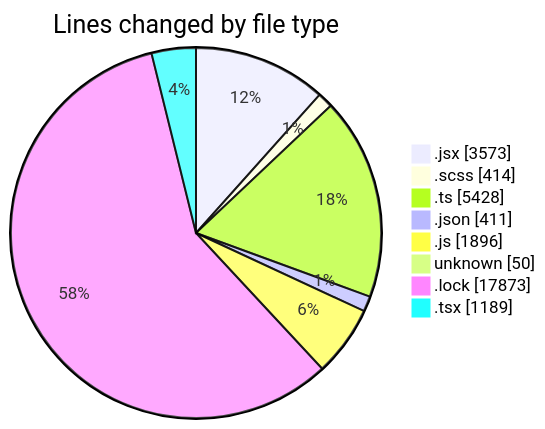
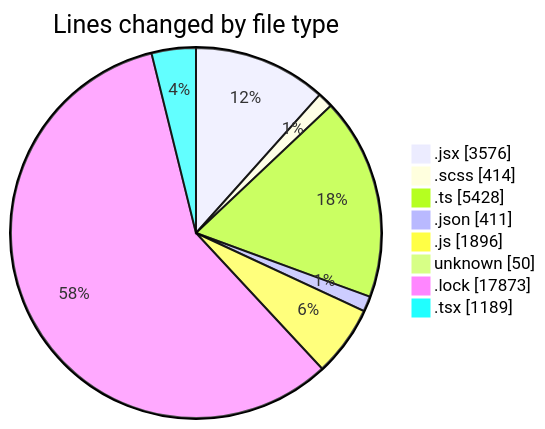
Before and after one commit to momahboobian/code-tracking: the first of 2 diagrams in 2026-09-01/cda/README.md, drawn with Mermaid. The commit also changed other lines of this file and 1 other file, not shown here.

````diff
--- a/2026-09-01/cda/README.md
+++ b/2026-09-01/cda/README.md
@@ -79,12 +79,12 @@
 ```mermaid
 pie showData
 title Lines changed by file type
-".jsx" : 3573
+".jsx" : 3576
 ".scss" : 414
 ".ts" : 5428
 ".json" : 411
 ".js" : 1896
 "unknown" : 50
 ".lock" : 17873
 ".tsx" : 1189
 ```
````
